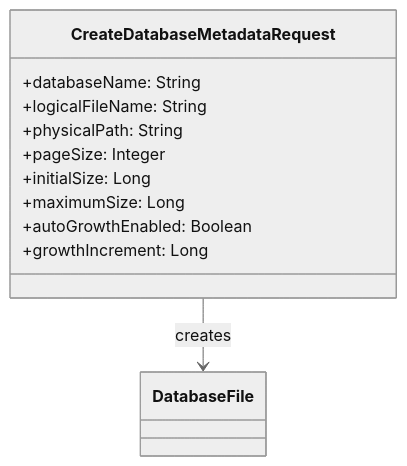
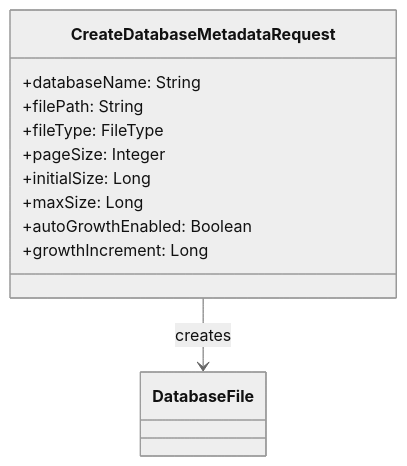
One commit to Huy1801214/dbms-architecture changed the first of 6 diagrams in docs/data-storage-and-access/file-management/file-metadata/sequence-diagrams/01-create-database-metadata.md. Above: the diagram before and after it, drawn with Mermaid (neutral theme). The commit also changed 11 other files, not shown here.

Commit message:
add file metadata architecture class and sequence diagrams

````diff
--- a/docs/data-storage-and-access/file-management/file-metadata/sequence-diagrams/01-create-database-metadata.md
+++ b/docs/data-storage-and-access/file-management/file-metadata/sequence-diagrams/01-create-database-metadata.md
@@ -20,18 +20,18 @@
 ```mermaid
 classDiagram
 
 class CreateDatabaseMetadataRequest{
     +databaseName: String
-    +logicalFileName: String
-    +physicalPath: String
+    +filePath: String
+    +fileType: FileType
     +pageSize: Integer
     +initialSize: Long
-    +maximumSize: Long
+    +maxSize: Long
     +autoGrowthEnabled: Boolean
     +growthIncrement: Long
 }
 
 class DatabaseFile
 
 CreateDatabaseMetadataRequest --> DatabaseFile : creates
 ```
````
